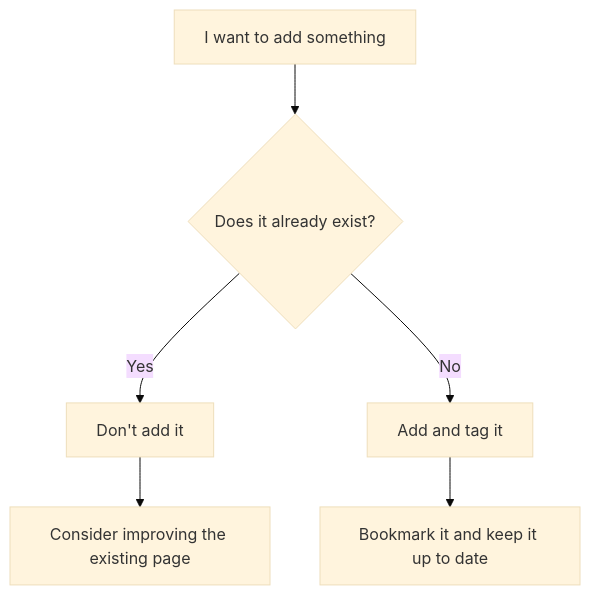
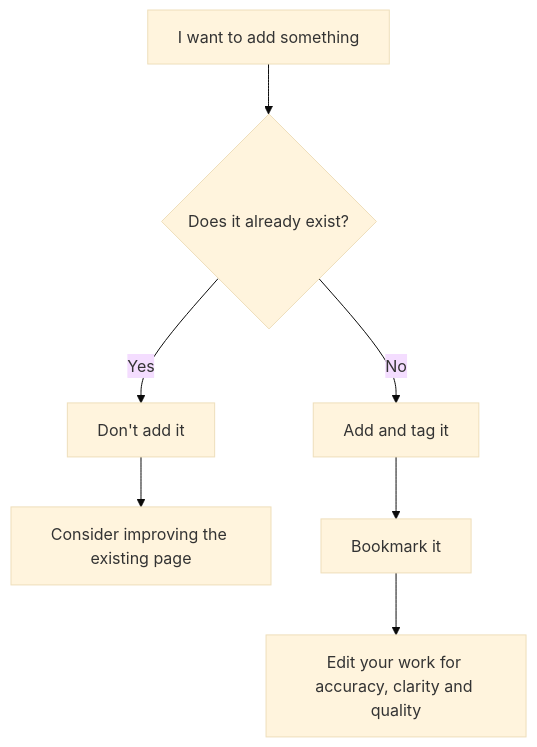
One commit to edibotopic/wiki-backup-test changed the diagram in community/wiki.md. Above: the diagram before and after it, drawn with Mermaid (base theme). The commit also changed other lines of this file, not shown here.

Commit message:
docs: update community/wiki

````diff
--- a/community/wiki.md
+++ b/community/wiki.md
@@ -39,11 +39,10 @@
 ```mermaid
 graph TD
     A[I want to add something] --> B{Does it already exist?}
     B -- Yes --> C[Don't add it]
     B -- No --> D[Add and tag it]
-    C --> E[Go outside]
-    D --> F
-    E[Consider improving the existing page]
-    F[Bookmark it and keep it up to date]
+    C --> E[Consider improving the existing page]
+    D --> F[Bookmark it]
+    F --> G[Edit your work for accuracy, clarity and quality]
 
 ```
````
